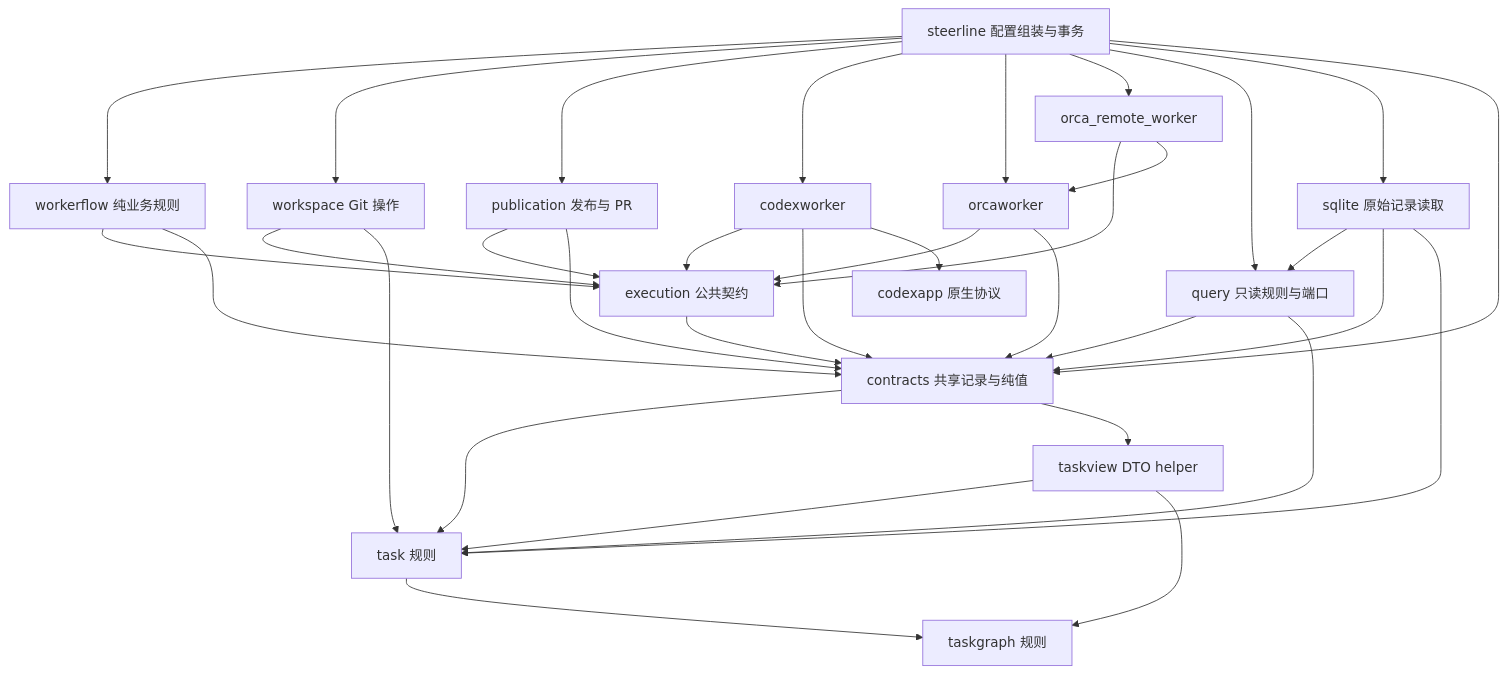
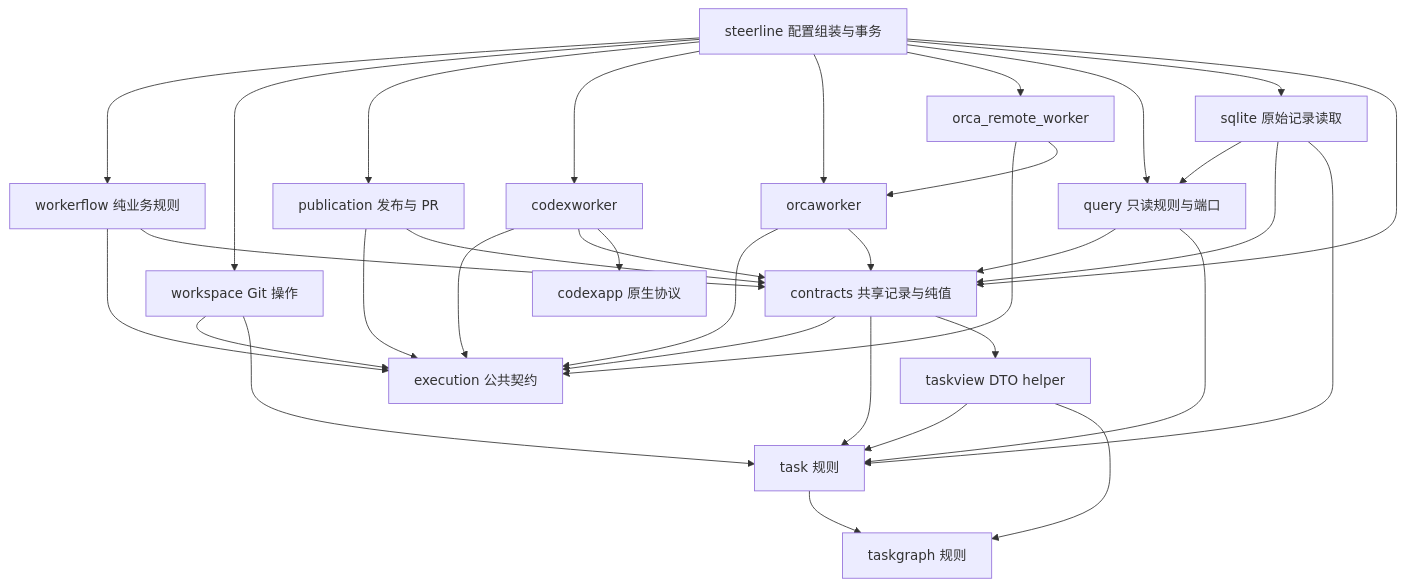
One commit to erranliu/SteerLine changed the diagram in docs/roadmap/execution-isolation.md. Above: the diagram before and after it, drawn with Mermaid. The commit also changed other lines of this file and 45 other files, not shown here.

````diff
--- a/docs/roadmap/execution-isolation.md
+++ b/docs/roadmap/execution-isolation.md
@@ -46,36 +46,36 @@
 ```mermaid
 flowchart TD
     Center["steerline 配置组装与事务"] --> Flow["workerflow 纯业务规则"]
     Center --> Workspace["workspace Git 操作"]
     Center --> Publication["publication 发布与 PR"]
     Center --> Codex["codexworker"]
     Center --> Orca["orcaworker"]
     Center --> Remote["orca_remote_worker"]
     Center --> Query["query 只读规则与端口"]
     Center --> SQL["sqlite 原始记录读取"]
     Center --> Data["contracts 共享记录与纯值"]
     Flow --> Contract["execution 公共契约"]
     Flow --> Data
-    Contract --> Data
+    Data --> Contract
     Data --> Task["task 规则"]
     Data --> TaskView["taskview DTO helper"]
     Workspace --> Contract
     Workspace --> Task
     Publication --> Contract
     Publication --> Data
     Codex --> Contract
     Codex --> Data
     Orca --> Contract
     Orca --> Data
     Remote --> Contract
     Remote --> Orca
     Query --> Data
     Query --> Task
     SQL --> Query
     SQL --> Data
     SQL --> Task
     Task --> TaskGraph["taskgraph 规则"]
     TaskView --> Task
     TaskView --> TaskGraph
     Codex --> App["codexapp 原生协议"]
 ```
````
